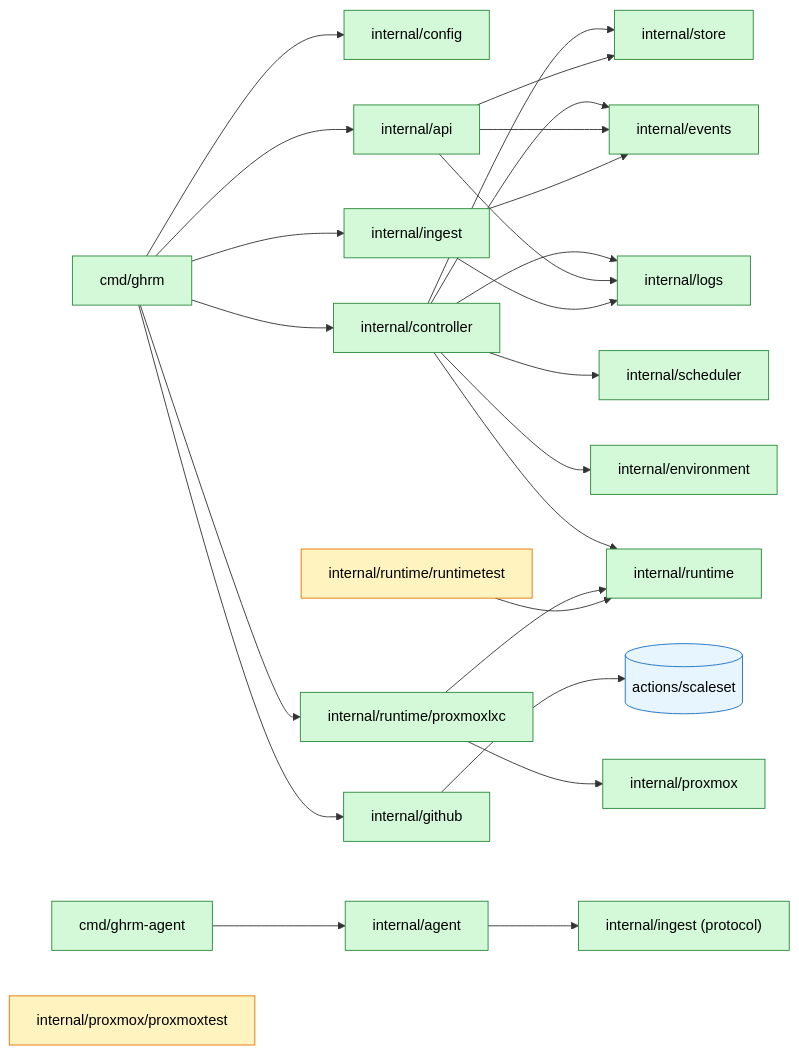
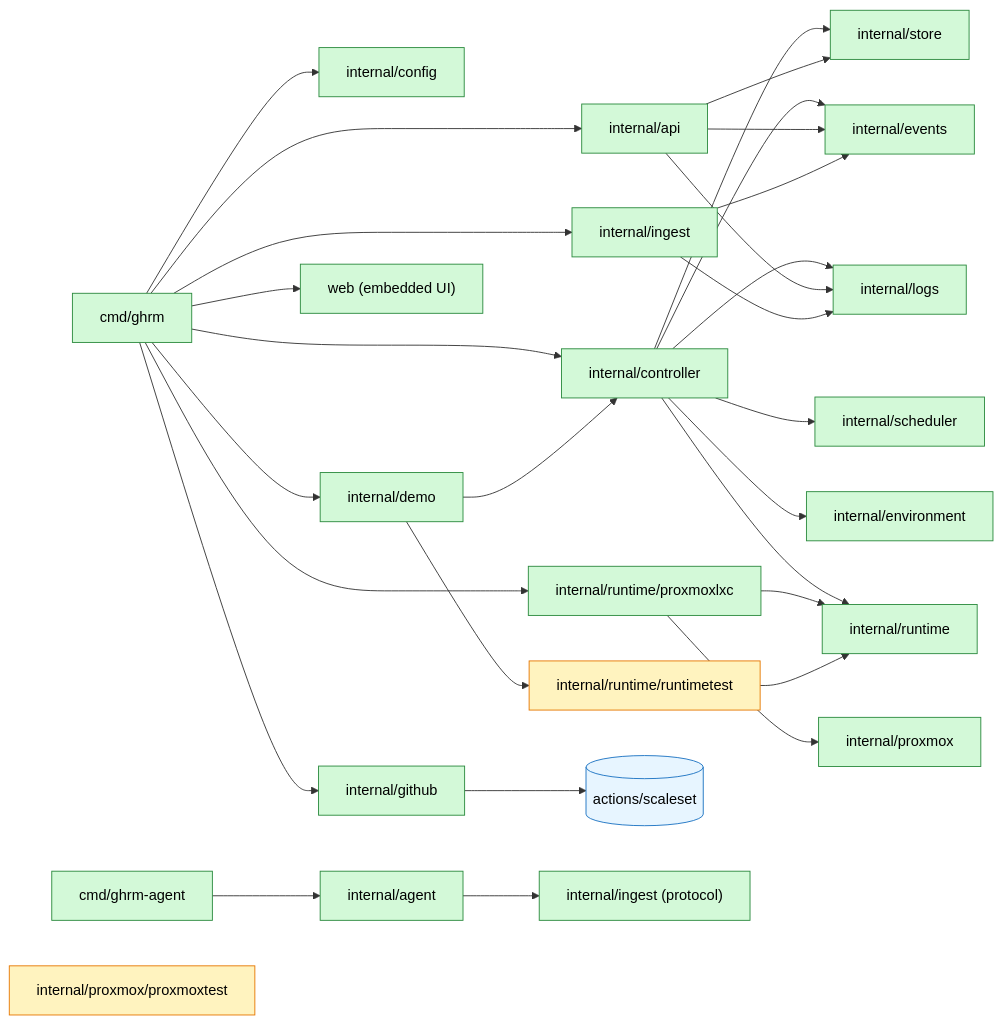
Before and after one commit to cocardoso/gh-runners-manager: the eighth of 9 diagrams in docs/architecture.md, drawn with Mermaid. The commit also changed other lines of this file, not shown here.

Commit message:
docs: architecture diagrams for the web UI and its real-time data flow

````diff
--- a/docs/architecture.md
+++ b/docs/architecture.md
@@ -256,34 +292,38 @@
 ```mermaid
 flowchart LR
     ghrm["cmd/ghrm"] --> config["internal/config"]
     ghrm --> api["internal/api"]
     ghrm --> controller["internal/controller"]
     ghrm --> ingest["internal/ingest"]
     ghrm --> github["internal/github"]
     ghrm --> proxmoxlxc["internal/runtime/proxmoxlxc"]
+    ghrm --> demo["internal/demo"]
+    ghrm --> webui["web (embedded UI)"]
+    demo --> controller
+    demo --> runtimetest
     controller --> scheduler["internal/scheduler"]
     controller --> environment["internal/environment"]
     controller --> runtime["internal/runtime"]
     controller --> store["internal/store"]
     controller --> events["internal/events"]
     controller --> logs["internal/logs"]
     api --> store
     api --> events
     api --> logs
     ingest --> logs
     ingest --> events
     github --> scaleset[("actions/scaleset")]
     proxmoxlxc --> runtime
     proxmoxlxc --> proxmox["internal/proxmox"]
     agentcmd["cmd/ghrm-agent"] --> agent["internal/agent"]
     agent --> ingestproto["internal/ingest (protocol)"]
     runtimetest["internal/runtime/runtimetest"] --> runtime
     proxmoxtest["internal/proxmox/proxmoxtest"]
 
     classDef done fill:#d3f9d8,stroke:#2b8a3e,color:#000
     classDef testonly fill:#fff3bf,stroke:#e67700,color:#000
     classDef ext fill:#e7f5ff,stroke:#1971c2,color:#000
-    class ghrm,config,api,controller,ingest,github,proxmoxlxc,scheduler,environment,runtime,store,events,logs,proxmox,agentcmd,agent,ingestproto done
+    class ghrm,config,api,controller,ingest,github,proxmoxlxc,scheduler,environment,runtime,store,events,logs,proxmox,agentcmd,agent,ingestproto,demo,webui done
     class runtimetest,proxmoxtest testonly
     class scaleset ext
 ```
````
